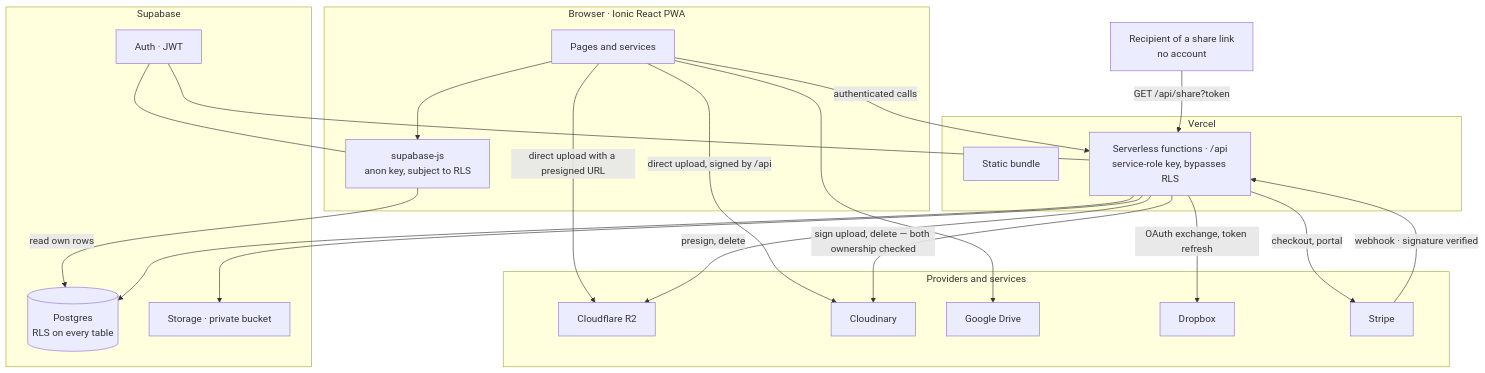
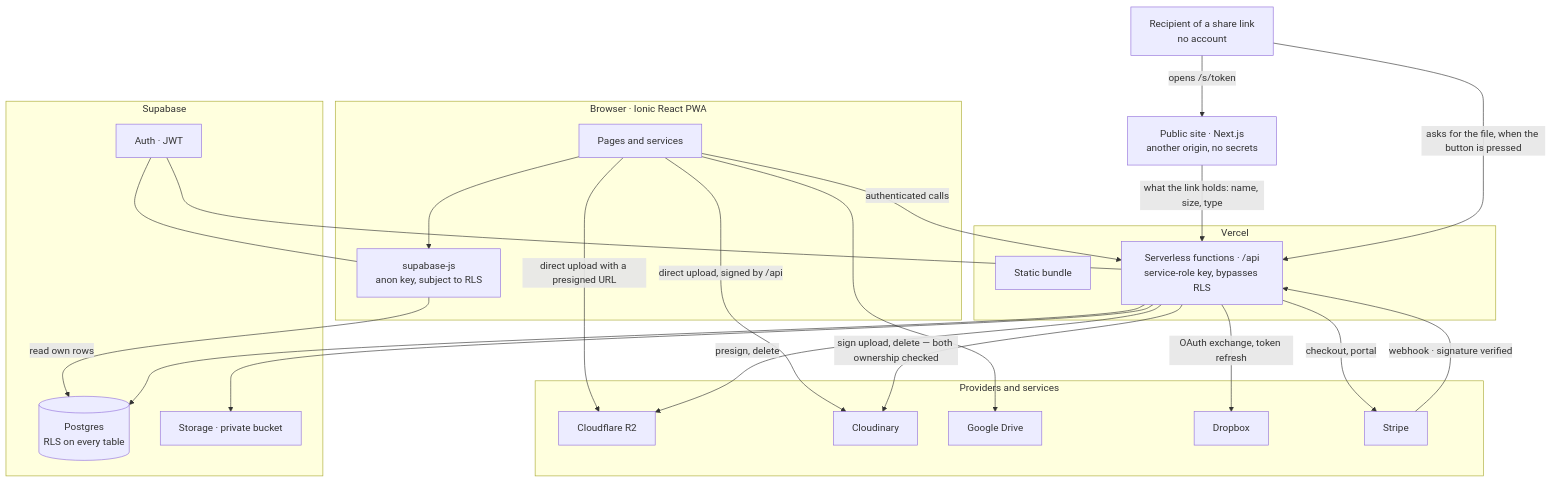
Before and after one commit to Alexandr-Paleev/CloudStorageApp-Ionic: the diagram in README.md, drawn with Mermaid. The commit also changed other lines of this file and 22 other files, not shown here.

Commit message:
feat: share links are issued on the site, and the app sends its old ones there

````diff
--- a/README.md
+++ b/README.md
@@ -487,46 +490,48 @@
 ```mermaid
 flowchart TB
     subgraph browser["Browser · Ionic React PWA"]
         ui["Pages and services"]
         anon["supabase-js<br/>anon key, subject to RLS"]
     end
 
     subgraph vercel["Vercel"]
         static["Static bundle"]
         api["Serverless functions · /api<br/>service-role key, bypasses RLS"]
     end
 
     subgraph data["Supabase"]
         db[("Postgres<br/>RLS on every table")]
         auth["Auth · JWT"]
         sb_store["Storage · private bucket"]
     end
 
     subgraph external["Providers and services"]
         r2["Cloudflare R2"]
         cloudinary["Cloudinary"]
         drive["Google Drive"]
         dropbox["Dropbox"]
         stripe["Stripe"]
     end
 
     ui --> anon
     anon -->|"read own rows"| db
     ui -->|"authenticated calls"| api
     ui -->|"direct upload with a presigned URL"| r2
     ui -->|"direct upload, signed by /api"| cloudinary
 
     api --> db
     api --> sb_store
     api -->|"presign, delete"| r2
     api -->|"sign upload, delete — both ownership checked"| cloudinary
     api -->|"checkout, portal"| stripe
     api -->|"OAuth exchange, token refresh"| dropbox
     ui --> drive
 
     stripe -->|"webhook · signature verified"| api
     auth --- anon
     auth --- api
 
-    guest["Recipient of a share link<br/>no account"] -->|"GET /api/share?token"| api
+    guest["Recipient of a share link<br/>no account"] -->|"opens /s/token"| site["Public site · Next.js<br/>another origin, no secrets"]
+    site -->|"what the link holds: name, size, type"| api
+    guest -->|"asks for the file, when the button is pressed"| api
 ```
````
